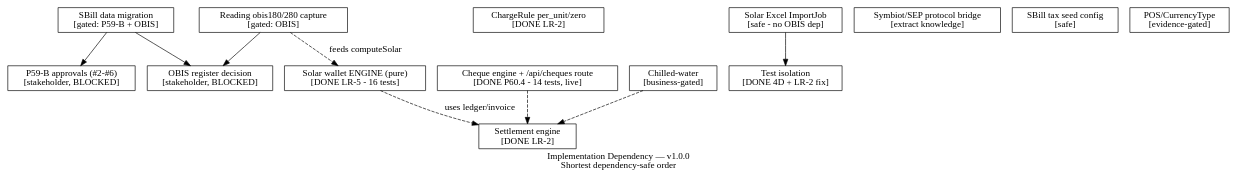
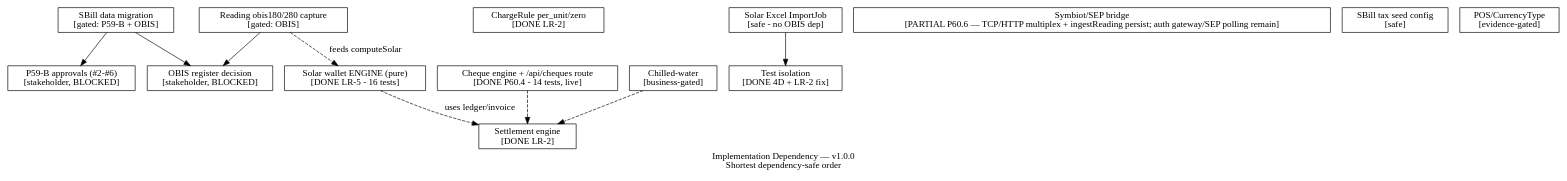
Before and after one commit to Kirllos360/MeterVerse: the diagram in docs/architecture/graph/IMPLEMENTATION-DEPENDENCY.dot, drawn with Graphviz. The commit also changed 10 other files, not shown here.

First line of the commit message:
docs(p60.6): SEP/Symbiot certification + graph/speckit + governance + financial live-cert checklist

```diff
--- a/docs/architecture/graph/IMPLEMENTATION-DEPENDENCY.dot
+++ b/docs/architecture/graph/IMPLEMENTATION-DEPENDENCY.dot
@@ -1,31 +1,31 @@
 // IMPLEMENTATION-DEPENDENCY graph — P59-C/LR-2A v1.0.0
 // Ordering for recovery/implementation targets (from LR-1/LR-2 evidence).
 digraph ImplDep {
   rankdir=TB;
   label="Implementation Dependency — v1.0.0\nShortest dependency-safe order";
 
   node [shape=box fillcolor="#e6f4ea"];
   P0a [label="P59-B approvals (#2-#6)\n[stakeholder, BLOCKED]" fillcolor="#fff1f0"];
   P0b [label="OBIS register decision\n[stakeholder, BLOCKED]" fillcolor="#fff1f0"];
   DONE_SETTLE [label="Settlement engine\n[DONE LR-2]" fillcolor="#d1f5d3"];
   DONE_CHARGE [label="ChargeRule per_unit/zero\n[DONE LR-2]" fillcolor="#d1f5d3"];
   DONE_ISO [label="Test isolation\n[DONE 4D + LR-2 fix]" fillcolor="#d1f5d3"];
   DONE_SOLAR [label="Solar wallet ENGINE (pure)\n[DONE LR-5 - 16 tests]" fillcolor="#d1f5d3"];
   P1_SOLAR_CAP [label="Reading obis180/280 capture\n[gated: OBIS]"];
   P1_EXCEL [label="Solar Excel ImportJob\n[safe - no OBIS dep]" fillcolor="#fef7e0"];
-  P2_SYMB [label="Symbiot/SEP protocol bridge\n[extract knowledge]"];
+  P2_SYMB [label="Symbiot/SEP bridge\n[PARTIAL P60.6 — TCP/HTTP multiplex + ingestReading persist; auth gateway/SEP polling remain]" fillcolor="#fef7e0"];
   P2_TAX [label="SBill tax seed config\n[safe]"];
   P3_CHEQUE [label="Cheque engine + /api/cheques route\n[DONE P60.4 - 14 tests, live]" fillcolor="#d1f5d3"];
   P3_POS [label="POS/CurrencyType\n[evidence-gated]"];
   P3_CHILLED [label="Chilled-water\n[business-gated]"];
   P3_MIGRATE [label="SBill data migration\n[gated: P59-B + OBIS]" fillcolor="#fff1f0"];
 
   P1_EXCEL -> DONE_ISO;
   P1_SOLAR_CAP -> P0b;
   P1_SOLAR_CAP -> DONE_SOLAR [style=dashed label="feeds computeSolar"];
   DONE_SOLAR -> DONE_SETTLE [style=dashed label="uses ledger/invoice"];
   P3_MIGRATE -> P0a;
   P3_MIGRATE -> P0b;
   P3_CHEQUE -> DONE_SETTLE [style=dashed];
   P3_CHILLED -> DONE_SETTLE [style=dashed];
 }
```
